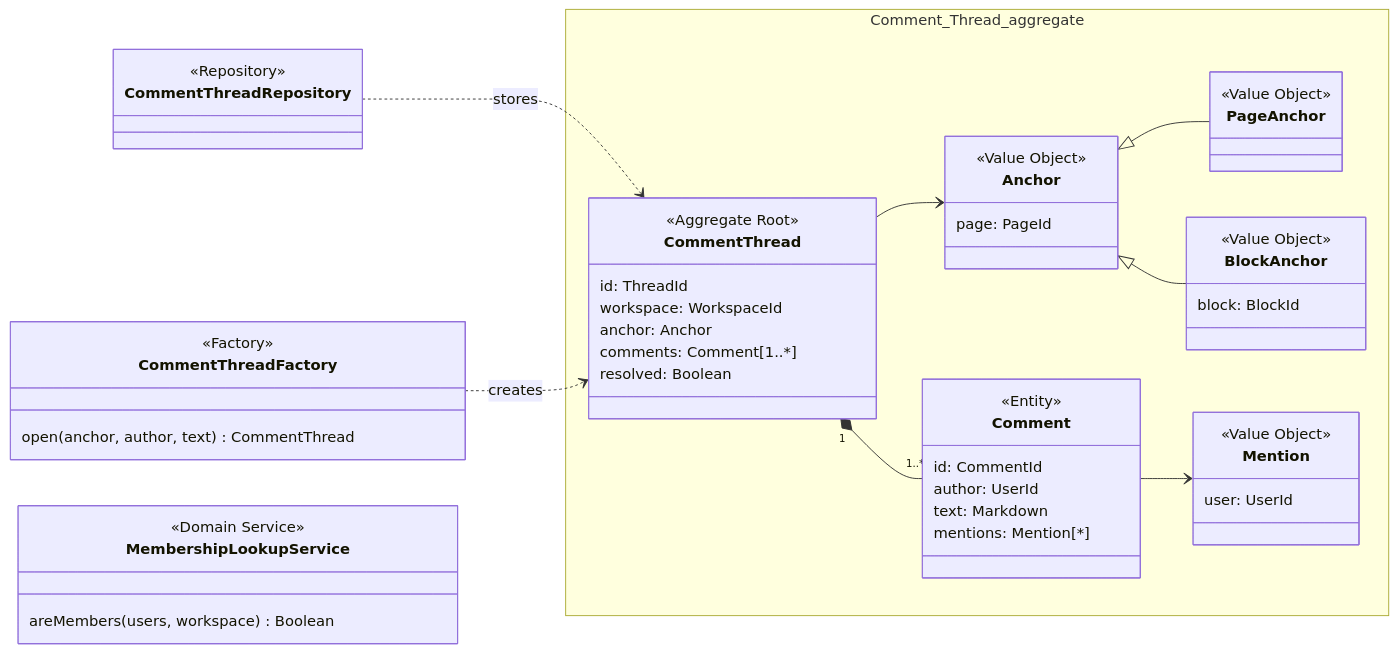
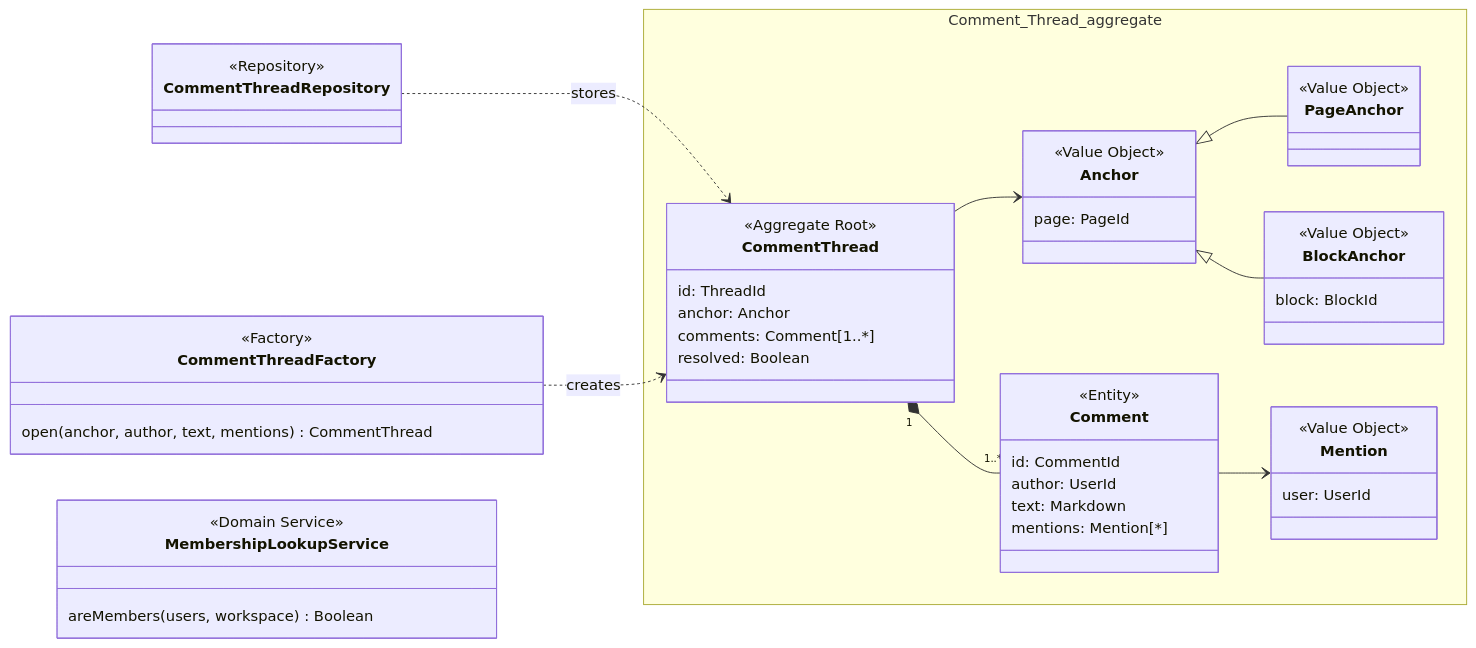
Before and after one commit to Bending-Forks/gotion: the fourth of 5 diagrams in docs/_includes/tactical-design.md, drawn with Mermaid. The commit also changed other lines of this file, not shown here.

First line of the commit message:
docs: tell the workspace of a comment thread from its page

````diff
--- a/docs/_includes/tactical-design.md
+++ b/docs/_includes/tactical-design.md
@@ -445,54 +446,53 @@
 ```mermaid
 classDiagram
   direction LR
   namespace Comment_Thread_aggregate {
     class CommentThread {
       <<Aggregate Root>>
       id: ThreadId
-      workspace: WorkspaceId
       anchor: Anchor
       comments: Comment[1..*]
       resolved: Boolean
     }
     class Anchor {
       <<Value Object>>
       page: PageId
     }
     class PageAnchor {
       <<Value Object>>
     }
     class BlockAnchor {
       <<Value Object>>
       block: BlockId
     }
     class Comment {
       <<Entity>>
       id: CommentId
       author: UserId
       text: Markdown
       mentions: Mention[*]
     }
     class Mention {
       <<Value Object>>
       user: UserId
     }
   }
   class CommentThreadRepository {
     <<Repository>>
   }
   class CommentThreadFactory {
     <<Factory>>
-    open(anchor, author, text) CommentThread
+    open(anchor, author, text, mentions) CommentThread
   }
   class MembershipLookupService {
     <<Domain Service>>
     areMembers(users, workspace) Boolean
   }
   CommentThread --> Anchor
   Anchor <|-- PageAnchor
   Anchor <|-- BlockAnchor
   CommentThread "1" *-- "1..*" Comment
   Comment --> Mention
   CommentThreadRepository ..> CommentThread : stores
   CommentThreadFactory ..> CommentThread : creates
 ```
````
